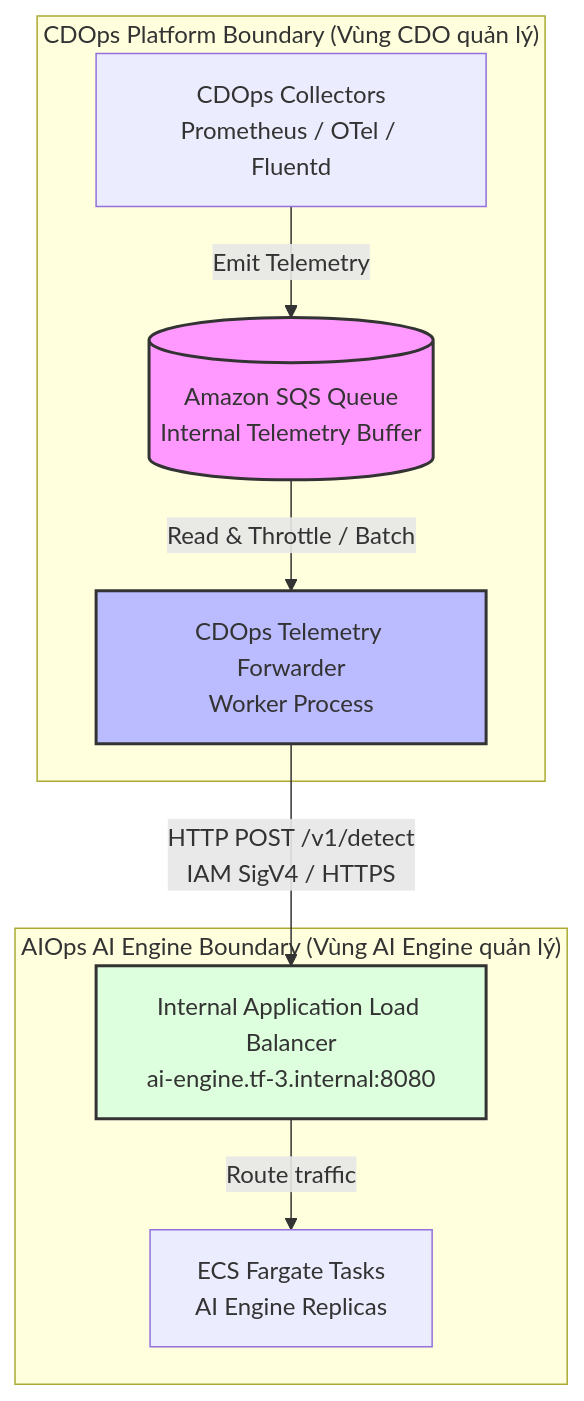
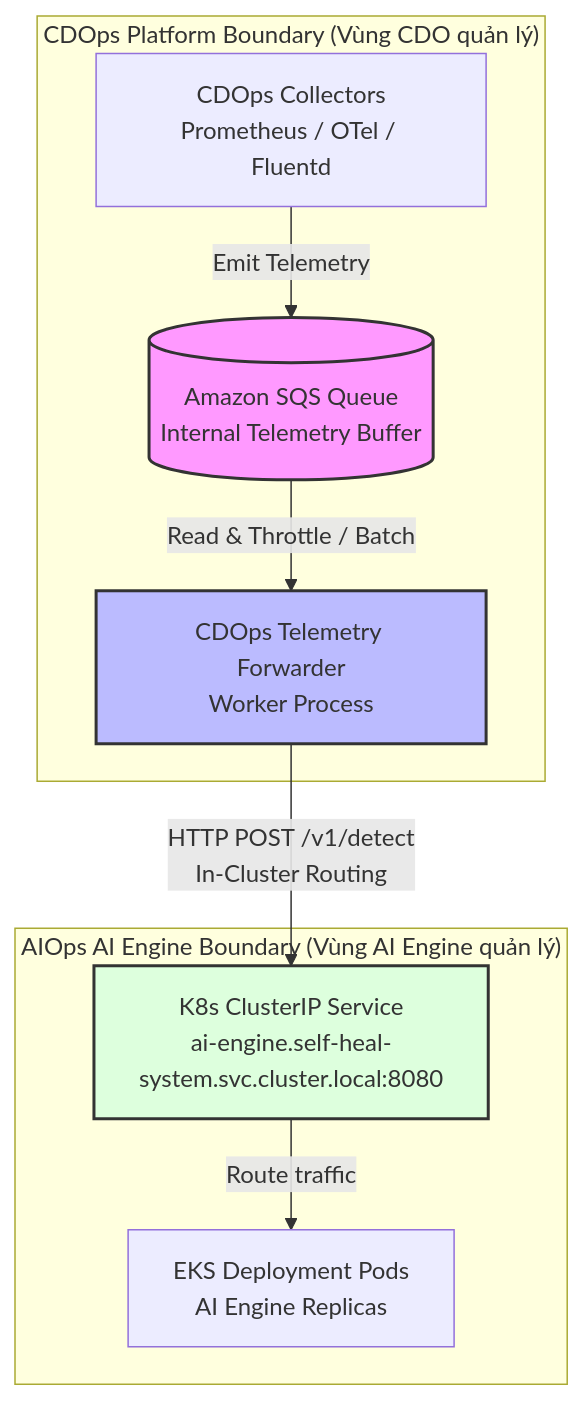
The diagram in tf-3/ai/contracts/telemetry-contract.md (AIops-g4/Capstone-Phase-2-Code), drawn with Mermaid before and after one commit. The commit also changed other lines of this file and 6 other files, not shown here.

````diff
--- a/tf-3/ai/contracts/telemetry-contract.md
+++ b/tf-3/ai/contracts/telemetry-contract.md
@@ -37,16 +37,16 @@
 ```mermaid
 graph TD
     subgraph "CDOps Platform Boundary (Vùng CDO quản lý)"
         A[CDOps Collectors<br>Prometheus / OTel / Fluentd] -->|Emit Telemetry| B[(Amazon SQS Queue<br>Internal Telemetry Buffer)]
         B -->|Read & Throttle / Batch| C[CDOps Telemetry Forwarder<br>Worker Process]
     end
 
     subgraph "AIOps AI Engine Boundary (Vùng AI Engine quản lý)"
-        C -->|HTTP POST /v1/detect<br>IAM SigV4 / HTTPS| D[Internal Application Load Balancer<br>ai-engine.tf-3.internal:8080]
-        D -->|Route traffic| E[ECS Fargate Tasks<br>AI Engine Replicas]
+        C -->|HTTP POST /v1/detect<br>In-Cluster Routing| D[K8s ClusterIP Service<br>ai-engine.self-heal-system.svc.cluster.local:8080]
+        D -->|Route traffic| E[EKS Deployment Pods<br>AI Engine Replicas]
     end
 
     style B fill:#f9f,stroke:#333,stroke-width:2px
     style C fill:#bbf,stroke:#333,stroke-width:2px
     style D fill:#dfd,stroke:#333,stroke-width:2px
 ```
````
